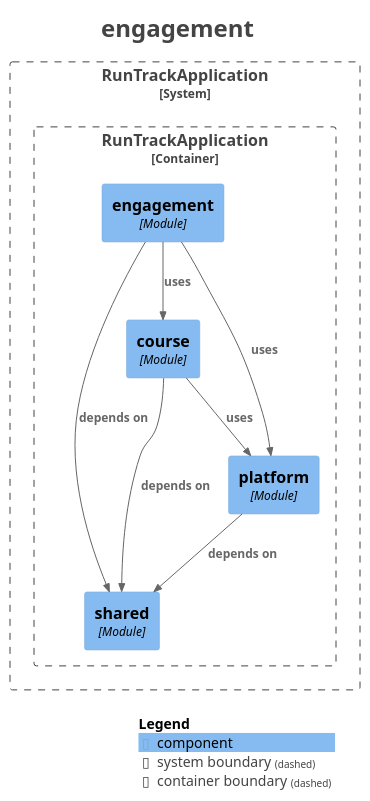
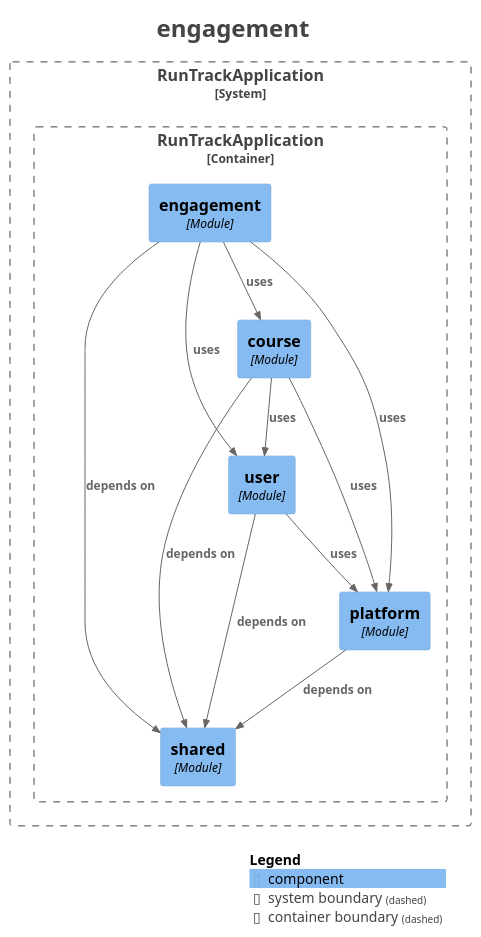
Before and after one commit to ThoRibeiro/runtrack: the diagram in docs/modules/module-engagement.puml, drawn with PlantUML. The commit also changed 9 other files, not shown here.

Commit message:
docs: refresh the generated module diagrams

```diff
--- a/docs/modules/module-engagement.puml
+++ b/docs/modules/module-engagement.puml
@@ -1,37 +1,42 @@
 @startuml
 title <size:24>engagement</size>
 
 set separator none
 top to bottom direction
 
 <style>
   root {
     BackgroundColor: #ffffff
     FontColor: #444444
   }
 </style>
 
 !include <C4/C4>
 !include <C4/C4_Context>
 !include <C4/C4_Component>
 
 System_Boundary("RunTrackApplication_boundary", "RunTrackApplication", $tags="") {
   Container_Boundary("RunTrackApplication.RunTrackApplication_boundary", "RunTrackApplication", $tags="") {
     Component(RunTrackApplication.RunTrackApplication.engagement, "engagement", $techn="Module", $descr="", $tags="", $link="")
     Component(RunTrackApplication.RunTrackApplication.shared, "shared", $techn="Module", $descr="", $tags="", $link="")
     Component(RunTrackApplication.RunTrackApplication.platform, "platform", $techn="Module", $descr="", $tags="", $link="")
+    Component(RunTrackApplication.RunTrackApplication.user, "user", $techn="Module", $descr="", $tags="", $link="")
     Component(RunTrackApplication.RunTrackApplication.course, "course", $techn="Module", $descr="", $tags="", $link="")
   }
 
 }
 
 Rel(RunTrackApplication.RunTrackApplication.course, RunTrackApplication.RunTrackApplication.shared, "depends on", $techn="", $tags="", $link="")
+Rel(RunTrackApplication.RunTrackApplication.course, RunTrackApplication.RunTrackApplication.user, "uses", $techn="", $tags="", $link="")
 Rel(RunTrackApplication.RunTrackApplication.course, RunTrackApplication.RunTrackApplication.platform, "uses", $techn="", $tags="", $link="")
+Rel(RunTrackApplication.RunTrackApplication.user, RunTrackApplication.RunTrackApplication.shared, "depends on", $techn="", $tags="", $link="")
+Rel(RunTrackApplication.RunTrackApplication.user, RunTrackApplication.RunTrackApplication.platform, "uses", $techn="", $tags="", $link="")
 Rel(RunTrackApplication.RunTrackApplication.engagement, RunTrackApplication.RunTrackApplication.shared, "depends on", $techn="", $tags="", $link="")
 Rel(RunTrackApplication.RunTrackApplication.engagement, RunTrackApplication.RunTrackApplication.platform, "uses", $techn="", $tags="", $link="")
+Rel(RunTrackApplication.RunTrackApplication.engagement, RunTrackApplication.RunTrackApplication.user, "uses", $techn="", $tags="", $link="")
 Rel(RunTrackApplication.RunTrackApplication.engagement, RunTrackApplication.RunTrackApplication.course, "uses", $techn="", $tags="", $link="")
 Rel(RunTrackApplication.RunTrackApplication.platform, RunTrackApplication.RunTrackApplication.shared, "depends on", $techn="", $tags="", $link="")
 
 SHOW_LEGEND(true)
 hide stereotypes
 @enduml
```
